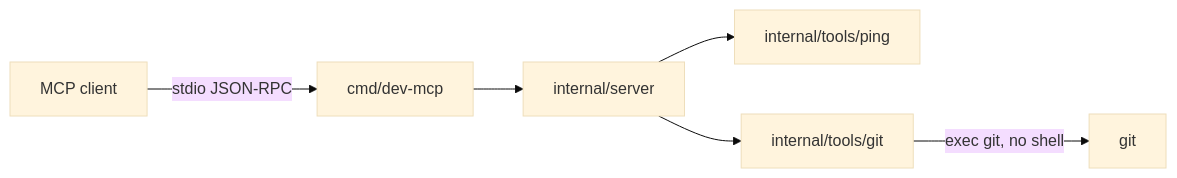
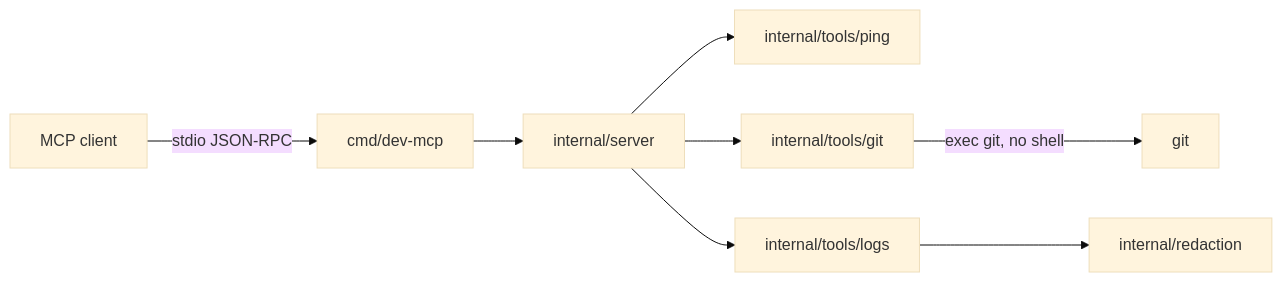
Before and after one commit to ManiaSacha/dev-mcp: the diagram in README.md, drawn with Mermaid (base theme). The commit also changed other lines of this file and 10 other files, not shown here.

````diff
--- a/README.md
+++ b/README.md
@@ -136,14 +152,18 @@
 ```mermaid
 flowchart LR
   client[MCP client]
   main["cmd/dev-mcp"]
   server["internal/server"]
   ping["internal/tools/ping"]
   gittools["internal/tools/git"]
+  logtools["internal/tools/logs"]
+  redact["internal/redaction"]
 
   client -->|"stdio JSON-RPC"| main
   main --> server
   server --> ping
   server --> gittools
+  server --> logtools
   gittools -->|"exec git, no shell"| gitbin["git"]
+  logtools --> redact
 ```
````
